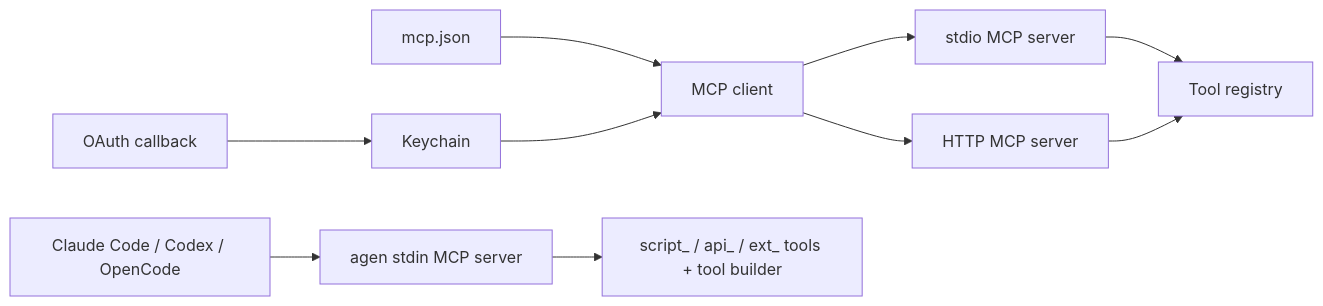
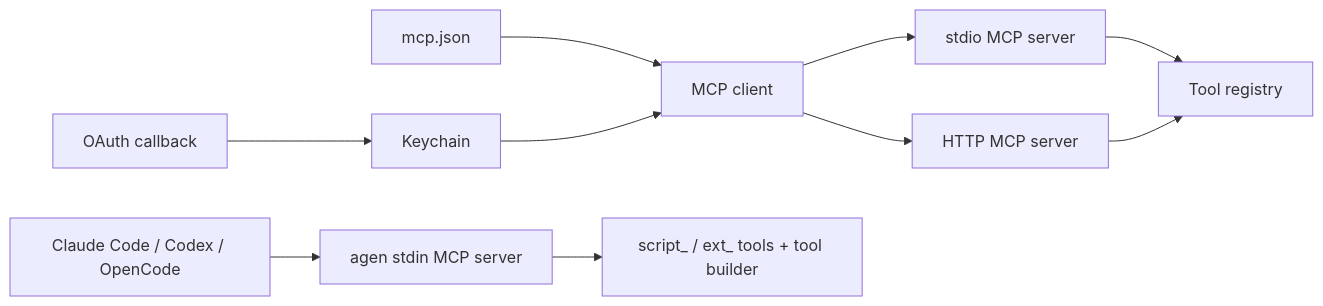
Before and after one commit to pardnchiu/Agenvoy: the eighth of 10 diagrams in doc/architecture.md, drawn with Mermaid. The commit also changed other lines of this file and 5 other files, not shown here.

Commit message:
doc: Update README and architecture docs for public API lookup, sudo/sandbox escalation, background_command and decision model dispatch

````diff
--- a/doc/architecture.md
+++ b/doc/architecture.md
@@ -174,12 +174,12 @@
 ```mermaid
 graph LR
     Config[mcp.json] --> MCPClient[MCP client]
     MCPClient --> Stdio[stdio MCP server]
     MCPClient --> HTTP[HTTP MCP server]
     Stdio --> Registry[Tool registry]
     HTTP --> Registry
     External[Claude Code / Codex / OpenCode] --> MCPServer[agen stdin MCP server]
-    MCPServer --> ToolBox[script_ / api_ / ext_ tools + tool builder]
+    MCPServer --> ToolBox[script_ / ext_ tools + tool builder]
     OAuth[OAuth callback] --> Keychain[Keychain]
     Keychain --> MCPClient
 ```
````
